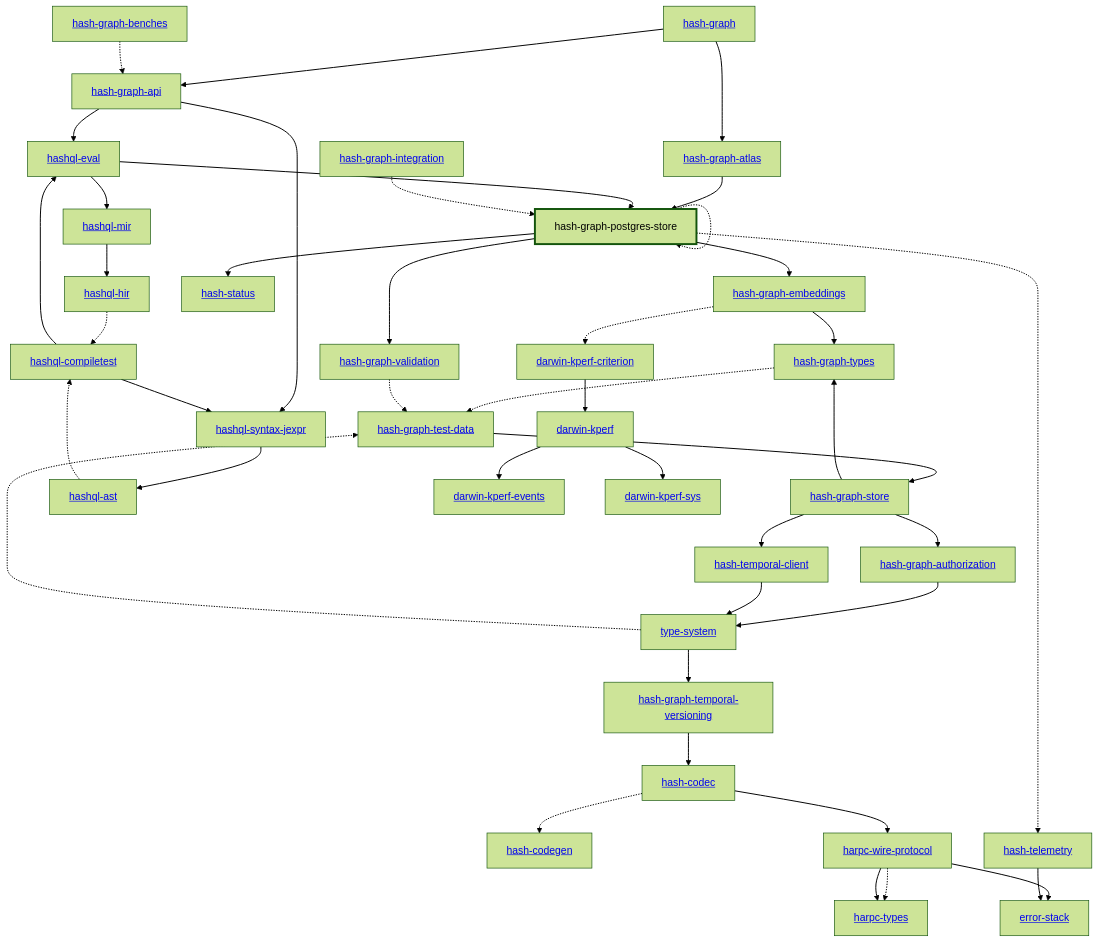
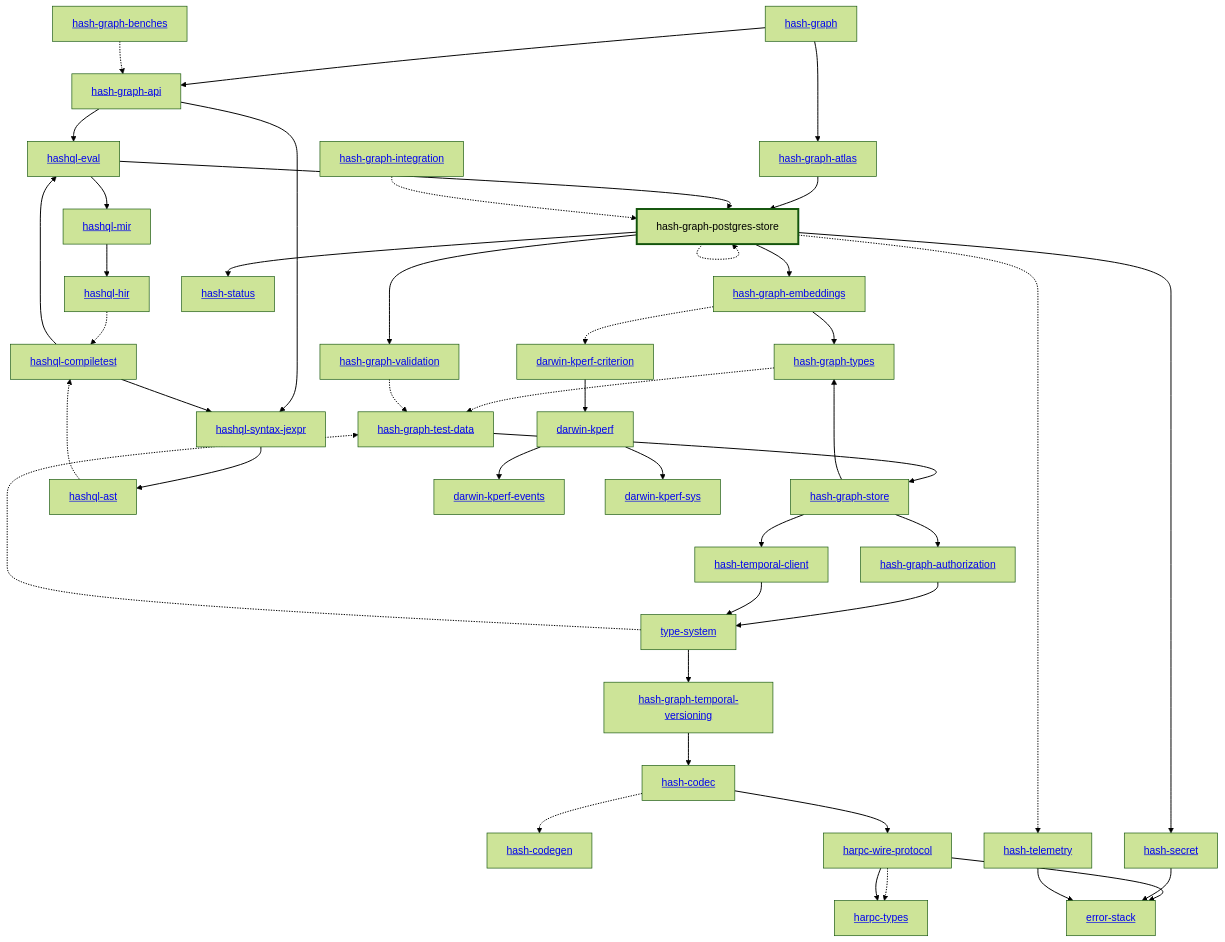
Before and after one commit to hashintel/hash: the diagram in libs/@local/graph/postgres-store/docs/dependency-diagram.mmd, drawn with Mermaid (forest theme). The commit also changed 13 other files, not shown here.

Commit message:
Regenerate the dependency diagrams

```diff
--- a/libs/@local/graph/postgres-store/docs/dependency-diagram.mmd
+++ b/libs/@local/graph/postgres-store/docs/dependency-diagram.mmd
@@ -1,85 +1,88 @@
 graph TD
     linkStyle default stroke-width:1.5px
     classDef default stroke-width:1px
     classDef root stroke-width:3px
     classDef dev stroke-width:1px
     classDef build stroke-width:1px
     %% Legend
     %% --> : Normal dependency
     %% -.-> : Dev dependency
     %% ---> : Build dependency
     0[<a href="../hash_graph/index.html">hash-graph</a>]
     1[<a href="../type_system/index.html">type-system</a>]
     2[<a href="../hash_codec/index.html">hash-codec</a>]
     3[<a href="../hash_codegen/index.html">hash-codegen</a>]
     4[<a href="../hash_graph_api/index.html">hash-graph-api</a>]
     5[<a href="../hash_graph_atlas/index.html">hash-graph-atlas</a>]
     6[<a href="../hash_graph_authorization/index.html">hash-graph-authorization</a>]
     7[<a href="../hash_graph_embeddings/index.html">hash-graph-embeddings</a>]
     8[hash-graph-postgres-store]
     class 8 root
     9[<a href="../hash_graph_store/index.html">hash-graph-store</a>]
     10[<a href="../hash_graph_temporal_versioning/index.html">hash-graph-temporal-versioning</a>]
     11[<a href="../hash_graph_types/index.html">hash-graph-types</a>]
     12[<a href="../hash_graph_validation/index.html">hash-graph-validation</a>]
     13[<a href="../harpc_types/index.html">harpc-types</a>]
     14[<a href="../harpc_wire_protocol/index.html">harpc-wire-protocol</a>]
     15[<a href="../hashql_ast/index.html">hashql-ast</a>]
     16[<a href="../hashql_compiletest/index.html">hashql-compiletest</a>]
     17[<a href="../hashql_eval/index.html">hashql-eval</a>]
     18[<a href="../hashql_hir/index.html">hashql-hir</a>]
     19[<a href="../hashql_mir/index.html">hashql-mir</a>]
     20[<a href="../hashql_syntax_jexpr/index.html">hashql-syntax-jexpr</a>]
-    21[<a href="../hash_status/index.html">hash-status</a>]
-    22[<a href="../hash_telemetry/index.html">hash-telemetry</a>]
-    23[<a href="../hash_temporal_client/index.html">hash-temporal-client</a>]
-    24[<a href="../darwin_kperf/index.html">darwin-kperf</a>]
-    25[<a href="../darwin_kperf_criterion/index.html">darwin-kperf-criterion</a>]
-    26[<a href="../darwin_kperf_events/index.html">darwin-kperf-events</a>]
-    27[<a href="../darwin_kperf_sys/index.html">darwin-kperf-sys</a>]
-    28[<a href="../error_stack/index.html">error-stack</a>]
-    29[<a href="../hash_graph_benches/index.html">hash-graph-benches</a>]
-    30[<a href="../hash_graph_integration/index.html">hash-graph-integration</a>]
-    31[<a href="../hash_graph_test_data/index.html">hash-graph-test-data</a>]
+    21[<a href="../hash_secret/index.html">hash-secret</a>]
+    22[<a href="../hash_status/index.html">hash-status</a>]
+    23[<a href="../hash_telemetry/index.html">hash-telemetry</a>]
+    24[<a href="../hash_temporal_client/index.html">hash-temporal-client</a>]
+    25[<a href="../darwin_kperf/index.html">darwin-kperf</a>]
+    26[<a href="../darwin_kperf_criterion/index.html">darwin-kperf-criterion</a>]
+    27[<a href="../darwin_kperf_events/index.html">darwin-kperf-events</a>]
+    28[<a href="../darwin_kperf_sys/index.html">darwin-kperf-sys</a>]
+    29[<a href="../error_stack/index.html">error-stack</a>]
+    30[<a href="../hash_graph_benches/index.html">hash-graph-benches</a>]
+    31[<a href="../hash_graph_integration/index.html">hash-graph-integration</a>]
+    32[<a href="../hash_graph_test_data/index.html">hash-graph-test-data</a>]
     0 --> 4
     0 --> 5
     1 --> 10
-    1 -.-> 31
+    1 -.-> 32
     2 -.-> 3
     2 --> 14
     4 --> 17
     4 --> 20
     5 --> 8
     6 --> 1
     7 --> 11
-    7 -.-> 25
+    7 -.-> 26
     8 --> 7
     8 -.-> 8
     8 --> 12
     8 --> 21
-    8 -.-> 22
+    8 --> 22
+    8 -.-> 23
     9 --> 6
     9 --> 11
-    9 --> 23
+    9 --> 24
     10 --> 2
-    11 -.-> 31
-    12 -.-> 31
+    11 -.-> 32
+    12 -.-> 32
     14 -.-> 13
     14 --> 13
-    14 --> 28
+    14 --> 29
     15 -.-> 16
     16 --> 17
     16 --> 20
     17 --> 8
     17 --> 19
     18 -.-> 16
     19 --> 18
     20 --> 15
-    22 --> 28
-    23 --> 1
-    24 --> 26
-    24 --> 27
-    25 --> 24
-    29 -.-> 4
-    30 -.-> 8
-    31 --> 9
+    21 --> 29
+    23 --> 29
+    24 --> 1
+    25 --> 27
+    25 --> 28
+    26 --> 25
+    30 -.-> 4
+    31 -.-> 8
+    32 --> 9
```
